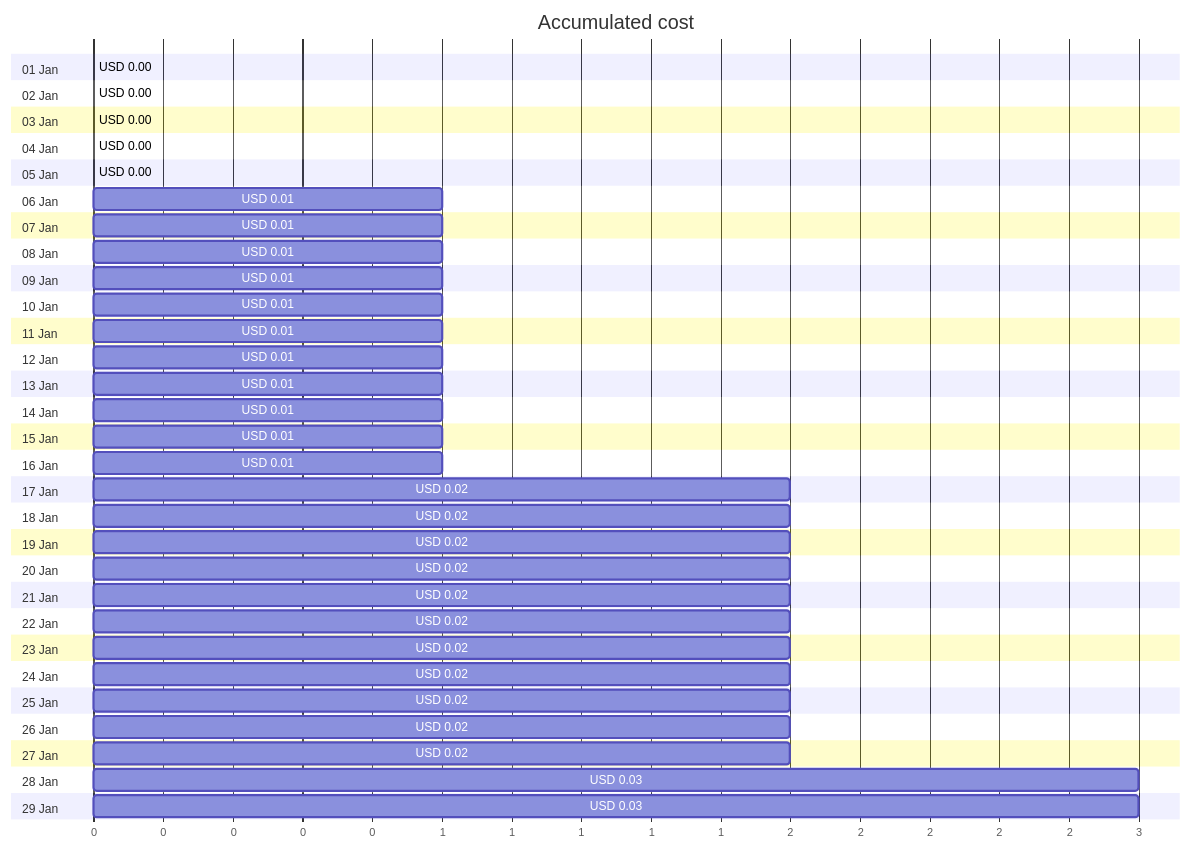
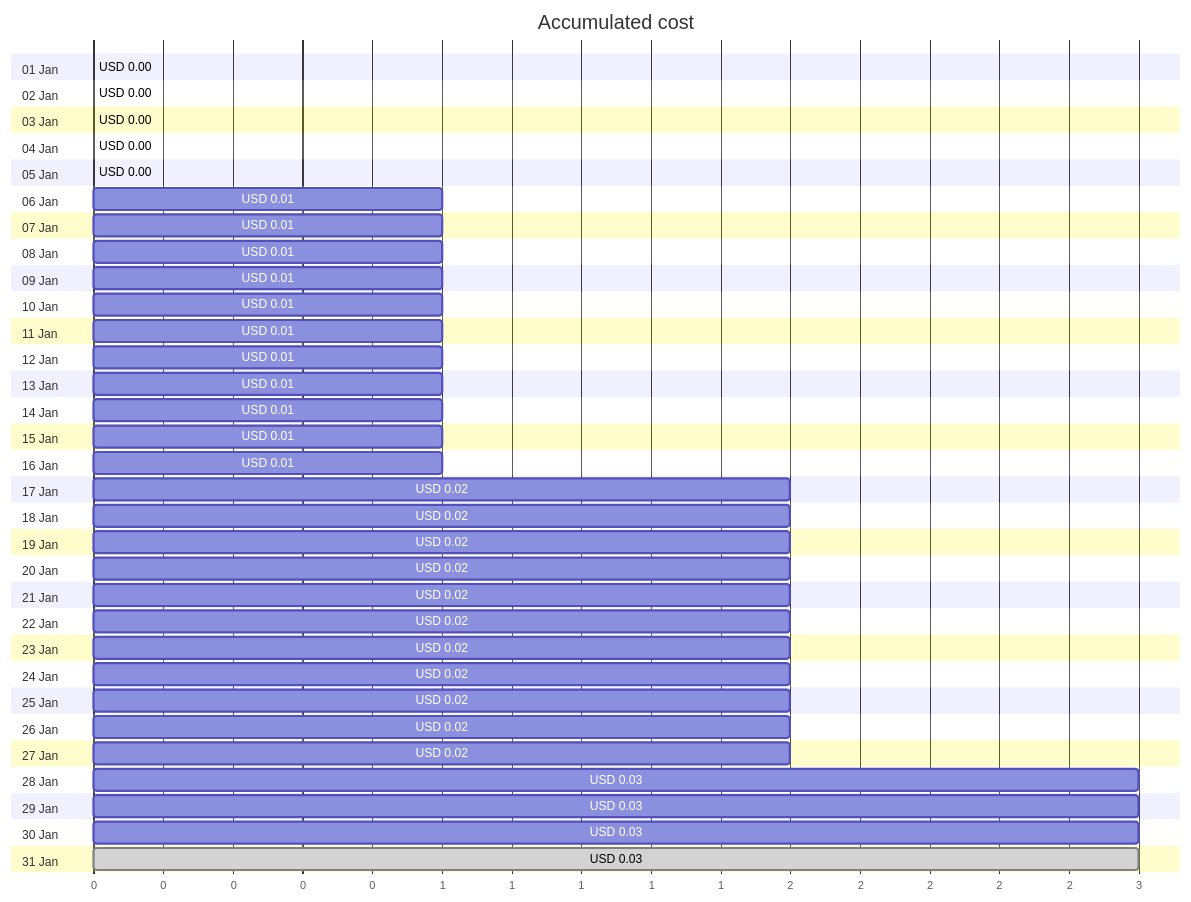
Before and after one commit to jpfulton/azure-personal-reports: the first of 4 diagrams in cost-reports/personal-site/personalsiteapipreview.md, drawn with Mermaid. The commit also changed other lines of this file and 6 other files, not shown here.

````diff
--- a/cost-reports/personal-site/personalsiteapipreview.md
+++ b/cost-reports/personal-site/personalsiteapipreview.md
@@ -20,64 +20,68 @@
 ```mermaid
 gantt
    title Accumulated cost
    dateFormat  X
    axisFormat %s
    section 01 Jan
    USD 0.00 :0, 0
    section 02 Jan
    USD 0.00 :0, 0
    section 03 Jan
    USD 0.00 :0, 0
    section 04 Jan
    USD 0.00 :0, 0
    section 05 Jan
    USD 0.00 :0, 0
    section 06 Jan
    USD 0.01 :0, 1
    section 07 Jan
    USD 0.01 :0, 1
    section 08 Jan
    USD 0.01 :0, 1
    section 09 Jan
    USD 0.01 :0, 1
    section 10 Jan
    USD 0.01 :0, 1
    section 11 Jan
    USD 0.01 :0, 1
    section 12 Jan
    USD 0.01 :0, 1
    section 13 Jan
    USD 0.01 :0, 1
    section 14 Jan
    USD 0.01 :0, 1
    section 15 Jan
    USD 0.01 :0, 1
    section 16 Jan
    USD 0.01 :0, 1
    section 17 Jan
    USD 0.02 :0, 2
    section 18 Jan
    USD 0.02 :0, 2
    section 19 Jan
    USD 0.02 :0, 2
    section 20 Jan
    USD 0.02 :0, 2
    section 21 Jan
    USD 0.02 :0, 2
    section 22 Jan
    USD 0.02 :0, 2
    section 23 Jan
    USD 0.02 :0, 2
    section 24 Jan
    USD 0.02 :0, 2
    section 25 Jan
    USD 0.02 :0, 2
    section 26 Jan
    USD 0.02 :0, 2
    section 27 Jan
    USD 0.02 :0, 2
    section 28 Jan
    USD 0.03 :0, 3
    section 29 Jan
    USD 0.03 :0, 3
+   section 30 Jan
+   USD 0.03 :0, 3
+   section 31 Jan
+   USD 0.03 : done, 0, 3
 ```
````
